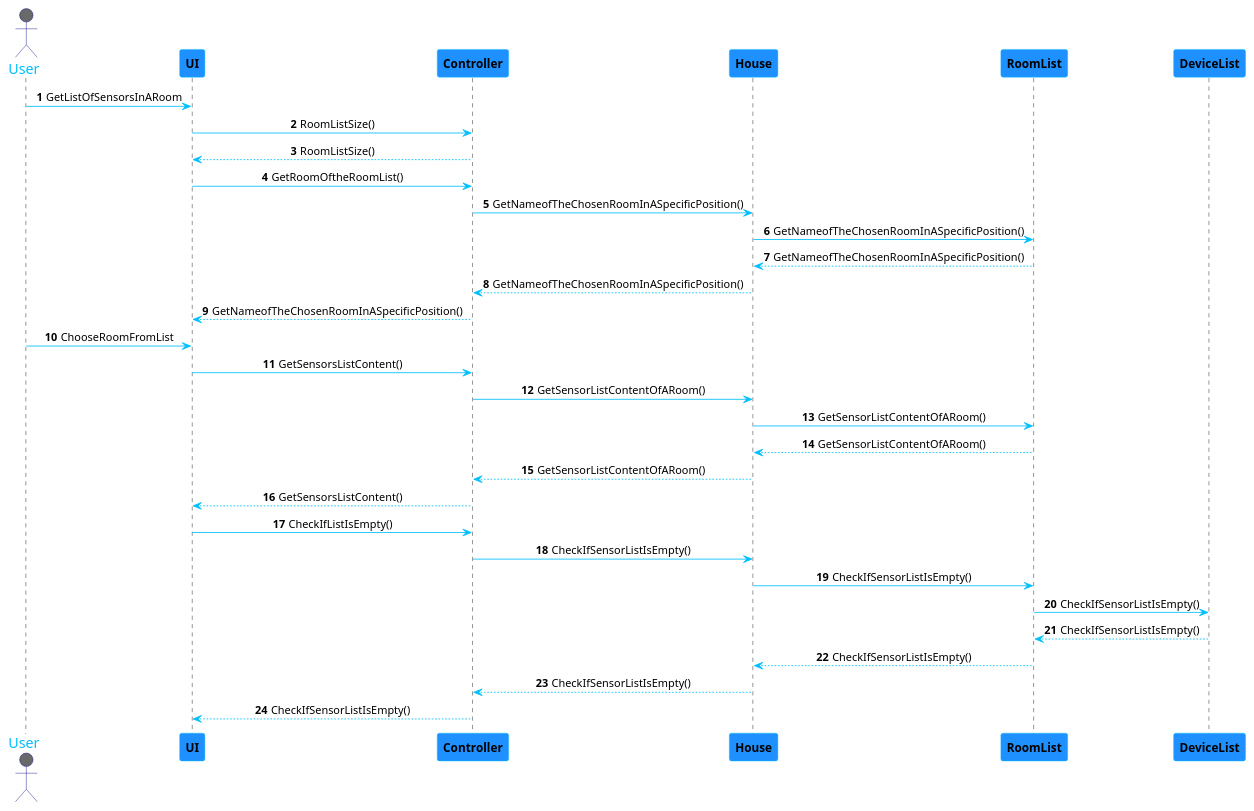
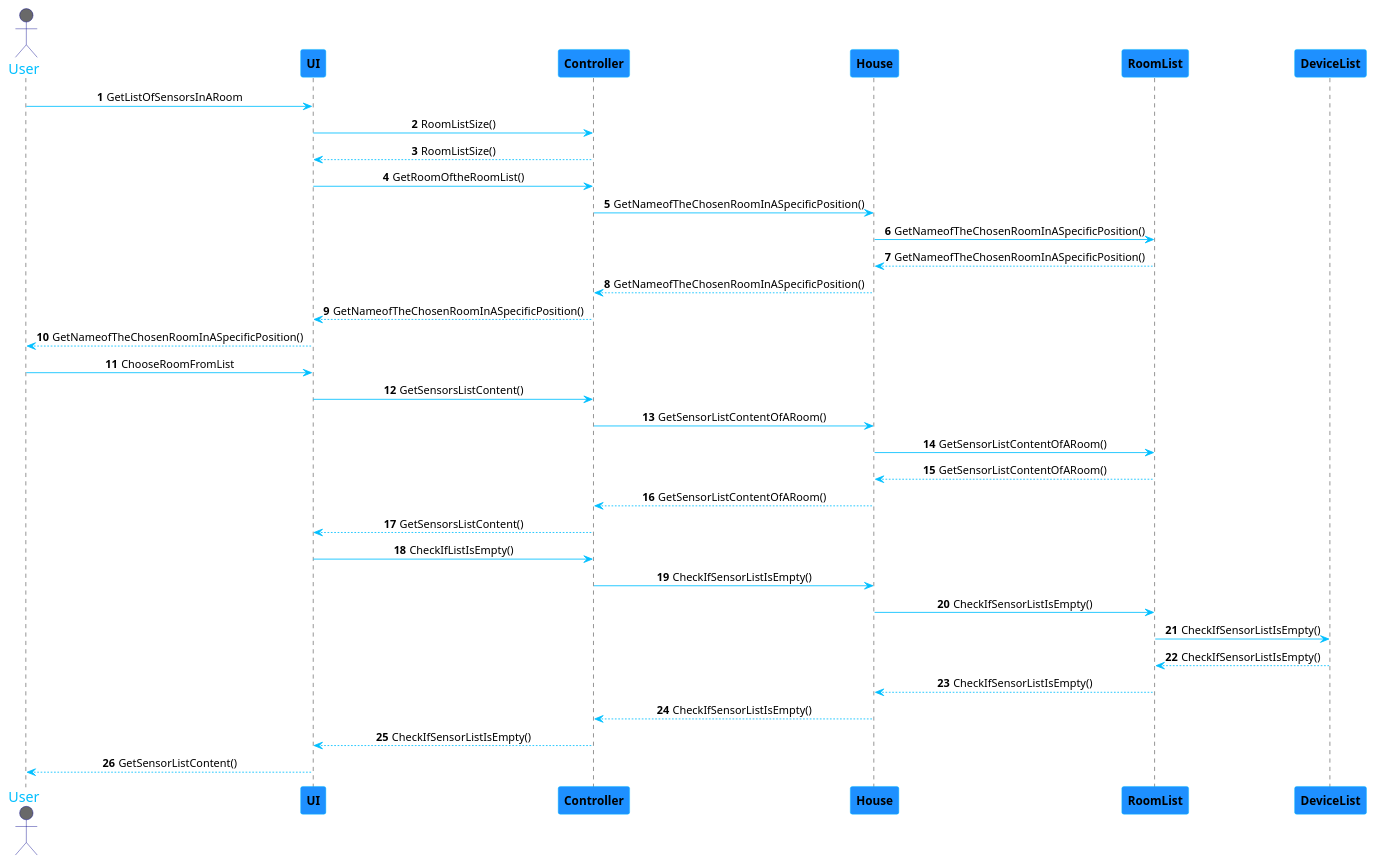
Before and after one commit to 1181687/hateoasToy: the diagram in src/main/java/pt/ipp/isep/dei/project/controllers/GetListOfSensorsRoom.puml, drawn with PlantUML. The commit also changed 2 other files, not shown here.

Commit message:
Addresses #67 #62 #70 (changes in sequence diagrams for issue 67 e 62. Sequence diagram added for issue 70)

```diff
--- a/src/main/java/pt/ipp/isep/dei/project/controllers/GetListOfSensorsRoom.puml
+++ b/src/main/java/pt/ipp/isep/dei/project/controllers/GetListOfSensorsRoom.puml
@@ -1,47 +1,49 @@
 @startuml
 skinparam sequenceMessageAlign center
 skinparam sequence {
 	ArrowColor DeepSkyBlue
 	ActorBorderColor DarkBlue
 	LifeLineBorderColor black
 	LifeLineBackgroundColor #A9DCDF
 
 	ParticipantBorderColor DeepSkyBlue
 	ParticipantBackgroundColor DodgerBlue
 	ParticipantFontStyle Bold
 
 	ActorBackgroundColor DimGrey
 	ActorFontColor DeepSkyBlue
 	ActorFontSize 17
 	ActorFontName Aapex
 }
 
 autonumber
 actor User
 User -> UI: GetListOfSensorsInARoom
 UI -> Controller: RoomListSize()
 UI <-- Controller: RoomListSize()
 UI -> Controller: GetRoomOftheRoomList()
 Controller -> House: GetNameofTheChosenRoomInASpecificPosition()
 House -> RoomList: GetNameofTheChosenRoomInASpecificPosition()
 House <-- RoomList: GetNameofTheChosenRoomInASpecificPosition()
 Controller <-- House: GetNameofTheChosenRoomInASpecificPosition()
 UI <-- Controller: GetNameofTheChosenRoomInASpecificPosition()
+User <-- UI: GetNameofTheChosenRoomInASpecificPosition()
 
 User -> UI: ChooseRoomFromList
 UI -> Controller: GetSensorsListContent()
 Controller -> House: GetSensorListContentOfARoom()
 House -> RoomList: GetSensorListContentOfARoom()
 House <-- RoomList: GetSensorListContentOfARoom()
 Controller <-- House: GetSensorListContentOfARoom()
 UI <-- Controller: GetSensorsListContent()
 
 UI -> Controller: CheckIfListIsEmpty()
 Controller -> House: CheckIfSensorListIsEmpty()
 House -> RoomList: CheckIfSensorListIsEmpty()
 RoomList -> DeviceList: CheckIfSensorListIsEmpty()
 RoomList <-- DeviceList: CheckIfSensorListIsEmpty()
 House <-- RoomList: CheckIfSensorListIsEmpty()
 Controller <-- House: CheckIfSensorListIsEmpty()
 UI <-- Controller: CheckIfSensorListIsEmpty()
+User <-- UI: GetSensorListContent()
 @enduml
```
